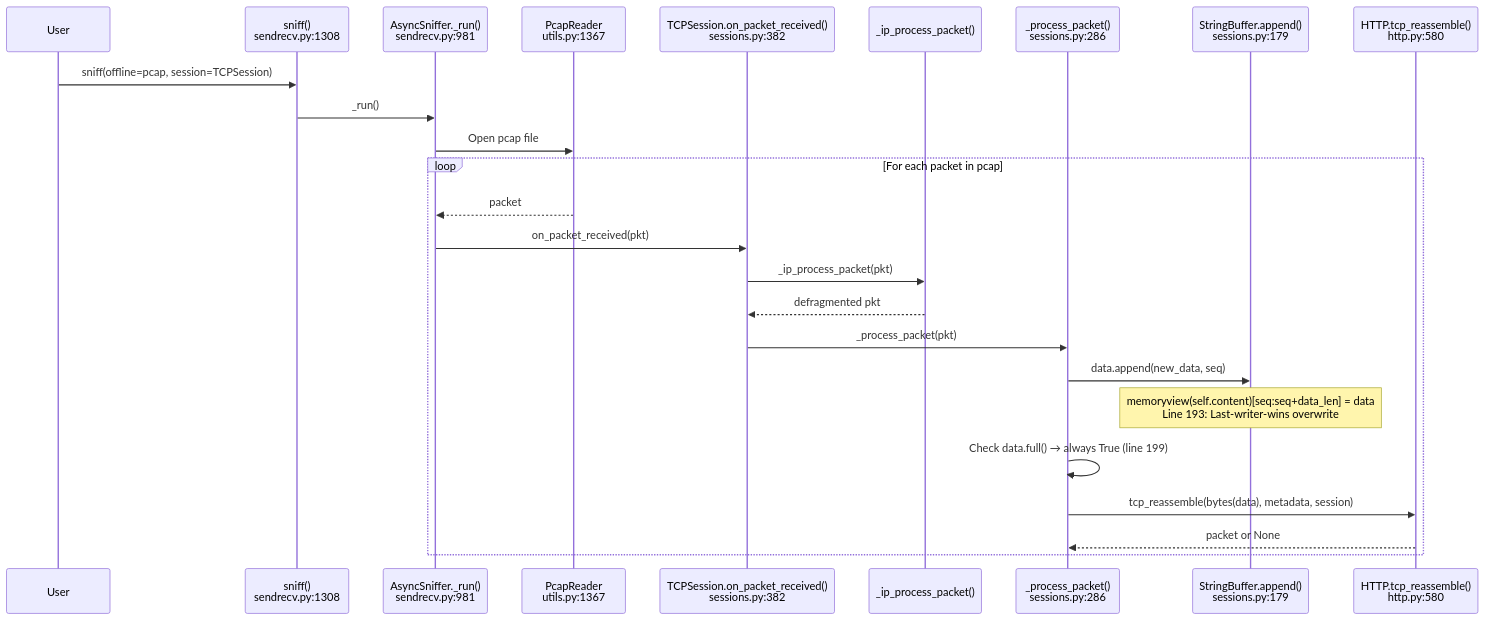
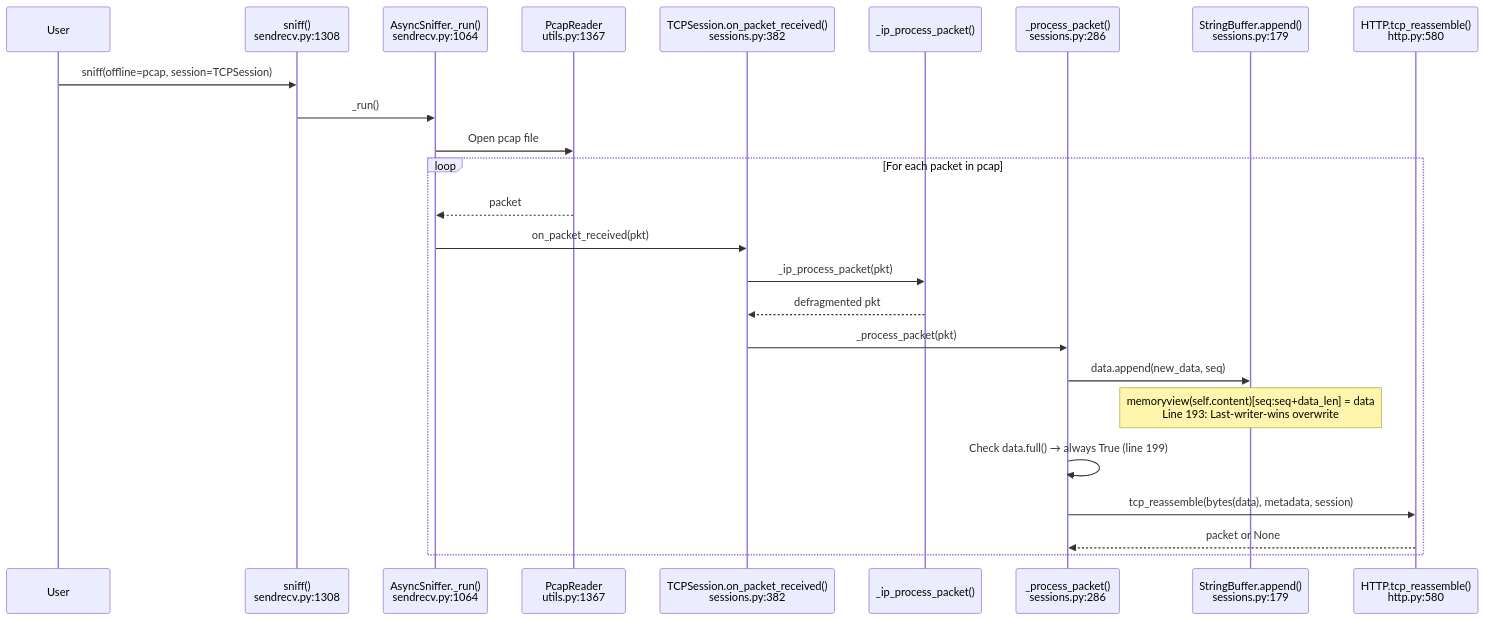
One commit to blitzy-research/scapy changed the first of 2 diagrams in blitzy/documentation/scapy_0925ada48540.md. Above: the diagram before and after it, drawn with Mermaid. The commit also changed other lines of this file, not shown here.

````diff
--- a/blitzy/documentation/scapy_0925ada48540.md
+++ b/blitzy/documentation/scapy_0925ada48540.md
@@ -271,28 +273,28 @@
 ```mermaid
 sequenceDiagram
     participant User
     participant sniff as sniff()<br/>sendrecv.py:1308
-    participant Async as AsyncSniffer._run()<br/>sendrecv.py:981
+    participant Async as AsyncSniffer._run()<br/>sendrecv.py:1064
     participant Pcap as PcapReader<br/>utils.py:1367
     participant TCPSess as TCPSession.on_packet_received()<br/>sessions.py:382
     participant IPProc as _ip_process_packet()
     participant Process as _process_packet()<br/>sessions.py:286
     participant SBuf as StringBuffer.append()<br/>sessions.py:179
     participant Reassemble as HTTP.tcp_reassemble()<br/>http.py:580
 
     User->>sniff: sniff(offline=pcap, session=TCPSession)
     sniff->>Async: _run()
     Async->>Pcap: Open pcap file
     loop For each packet in pcap
         Pcap-->>Async: packet
         Async->>TCPSess: on_packet_received(pkt)
         TCPSess->>IPProc: _ip_process_packet(pkt)
         IPProc-->>TCPSess: defragmented pkt
         TCPSess->>Process: _process_packet(pkt)
         Process->>SBuf: data.append(new_data, seq)
         Note over SBuf: memoryview(self.content)[seq:seq+data_len] = data<br/>Line 193: Last-writer-wins overwrite
         Process->>Process: Check data.full() → always True (line 199)
         Process->>Reassemble: tcp_reassemble(bytes(data), metadata, session)
         Reassemble-->>Process: packet or None
     end
 ```
````
